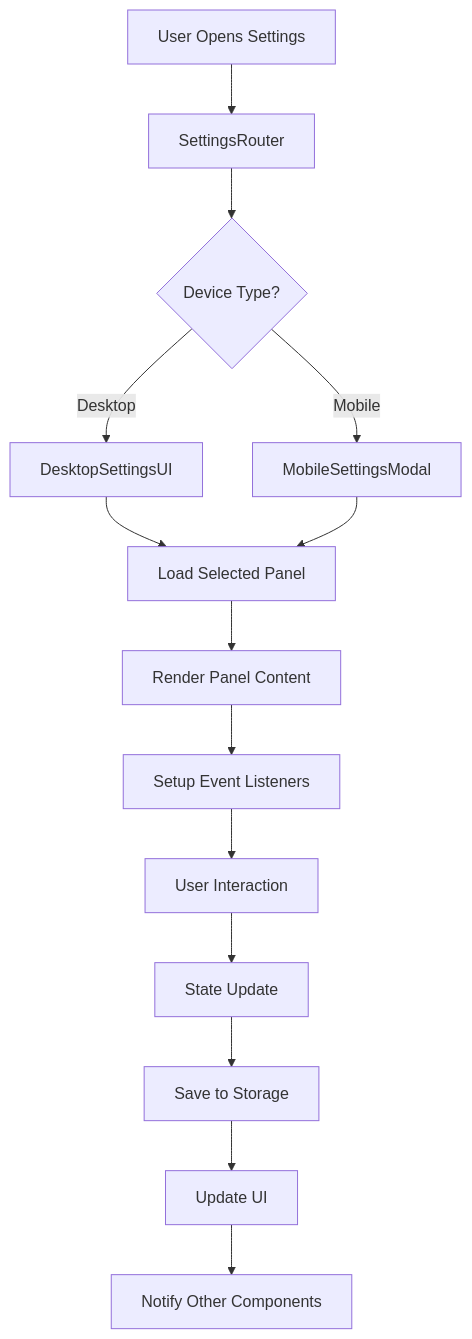
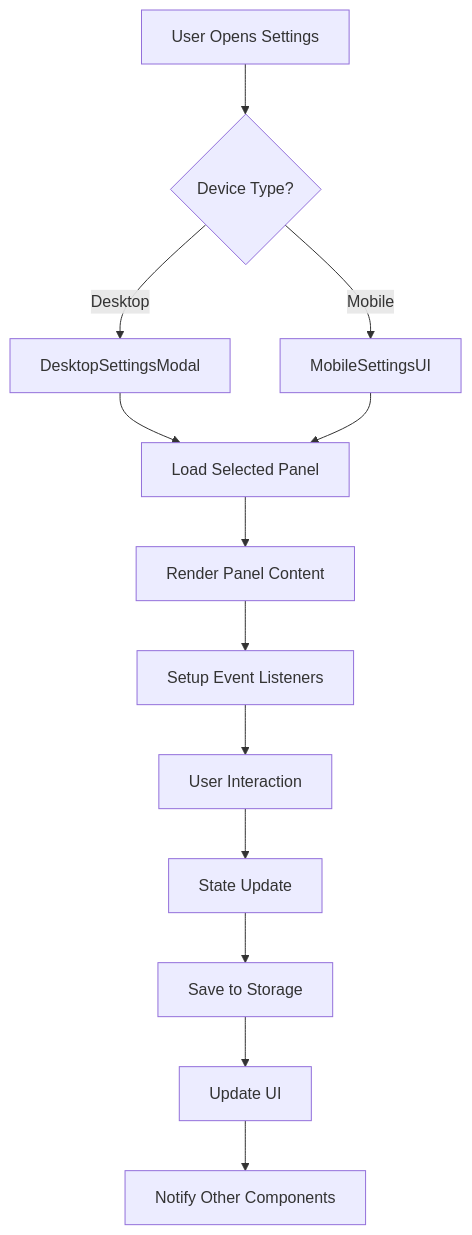
The first of 4 diagrams in docs/ARCHITECTURE.md (concertypin/ArisuTalk), drawn with Mermaid before and after one commit. The commit also changed other lines of this file, not shown here.

Commit message:
docs: Update architecture document

````diff
--- a/docs/ARCHITECTURE.md
+++ b/docs/ARCHITECTURE.md
@@ -155,16 +146,15 @@
 ```mermaid
 graph TB
-    A[User Opens Settings] --> B[SettingsRouter]
-    B --> C{Device Type?}
-    C -->|Desktop| D[DesktopSettingsUI]
-    C -->|Mobile| E[MobileSettingsModal]
+    A[User Opens Settings] --> C{Device Type?}
+    C -->|Desktop| D[DesktopSettingsModal]
+    C -->|Mobile| E[MobileSettingsUI]
     D --> F[Load Selected Panel]
     E --> F
     F --> G[Render Panel Content]
     G --> H[Setup Event Listeners]
     H --> I[User Interaction]
     I --> J[State Update]
     J --> K[Save to Storage]
     K --> L[Update UI]
     L --> M[Notify Other Components]
 ```
````
